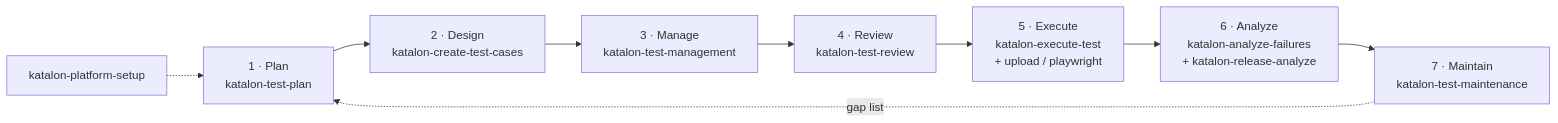
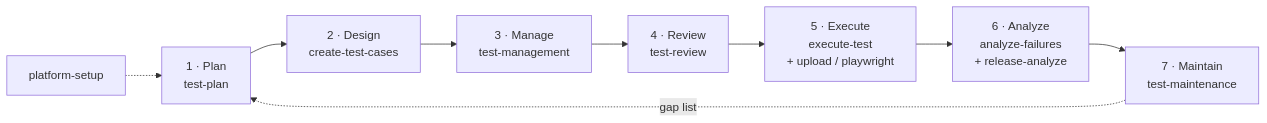
One commit to katalon-labs/true-skills changed the diagram in README.md. Above: the diagram before and after it, drawn with Mermaid. The commit also changed other lines of this file and 289 other files, not shown here.

````diff
--- a/README.md
+++ b/README.md
@@ -67,11 +67,11 @@
 ```mermaid
 flowchart LR
-  P["1 · Plan<br/>katalon-test-plan"] --> D["2 · Design<br/>katalon-create-test-cases"]
-  D --> M["3 · Manage<br/>katalon-test-management"]
-  M --> R["4 · Review<br/>katalon-test-review"]
-  R --> E["5 · Execute<br/>katalon-execute-test<br/>+ upload / playwright"]
-  E --> A["6 · Analyze<br/>katalon-analyze-failures<br/>+ katalon-release-analyze"]
-  A --> T["7 · Maintain<br/>katalon-test-maintenance"]
+  P["1 · Plan<br/>test-plan"] --> D["2 · Design<br/>create-test-cases"]
+  D --> M["3 · Manage<br/>test-management"]
+  M --> R["4 · Review<br/>test-review"]
+  R --> E["5 · Execute<br/>execute-test<br/>+ upload / playwright"]
+  E --> A["6 · Analyze<br/>analyze-failures<br/>+ release-analyze"]
+  A --> T["7 · Maintain<br/>test-maintenance"]
   T -. gap list .-> P
-  S["katalon-platform-setup"] -.-> P
+  S["platform-setup"] -.-> P
 ```
````
